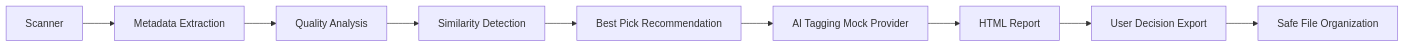
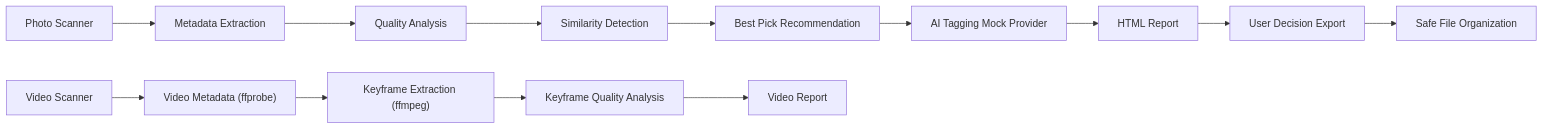
The diagram in README.md (HouJue919/media-agent), drawn with Mermaid before and after one commit. The commit also changed other lines of this file and 13 other files, not shown here.

Commit message:
Add video keyframe analysis workflow

````diff
--- a/README.md
+++ b/README.md
@@ -40,21 +43,30 @@
 ```mermaid
 flowchart LR
-    scanner["Scanner"]
+    scanner["Photo Scanner"]
     metadata["Metadata Extraction"]
     quality["Quality Analysis"]
     similarity["Similarity Detection"]
     best_pick["Best Pick Recommendation"]
     ai_mock["AI Tagging Mock Provider"]
     report["HTML Report"]
     decisions["User Decision Export"]
     organize["Safe File Organization"]
+    video_scanner["Video Scanner"]
+    video_metadata["Video Metadata (ffprobe)"]
+    keyframes["Keyframe Extraction (ffmpeg)"]
+    video_quality["Keyframe Quality Analysis"]
+    video_report["Video Report"]
 
     scanner --> metadata
     metadata --> quality
     quality --> similarity
     similarity --> best_pick
     best_pick --> ai_mock
     ai_mock --> report
     report --> decisions
     decisions --> organize
+    video_scanner --> video_metadata
+    video_metadata --> keyframes
+    keyframes --> video_quality
+    video_quality --> video_report
 ```
````
